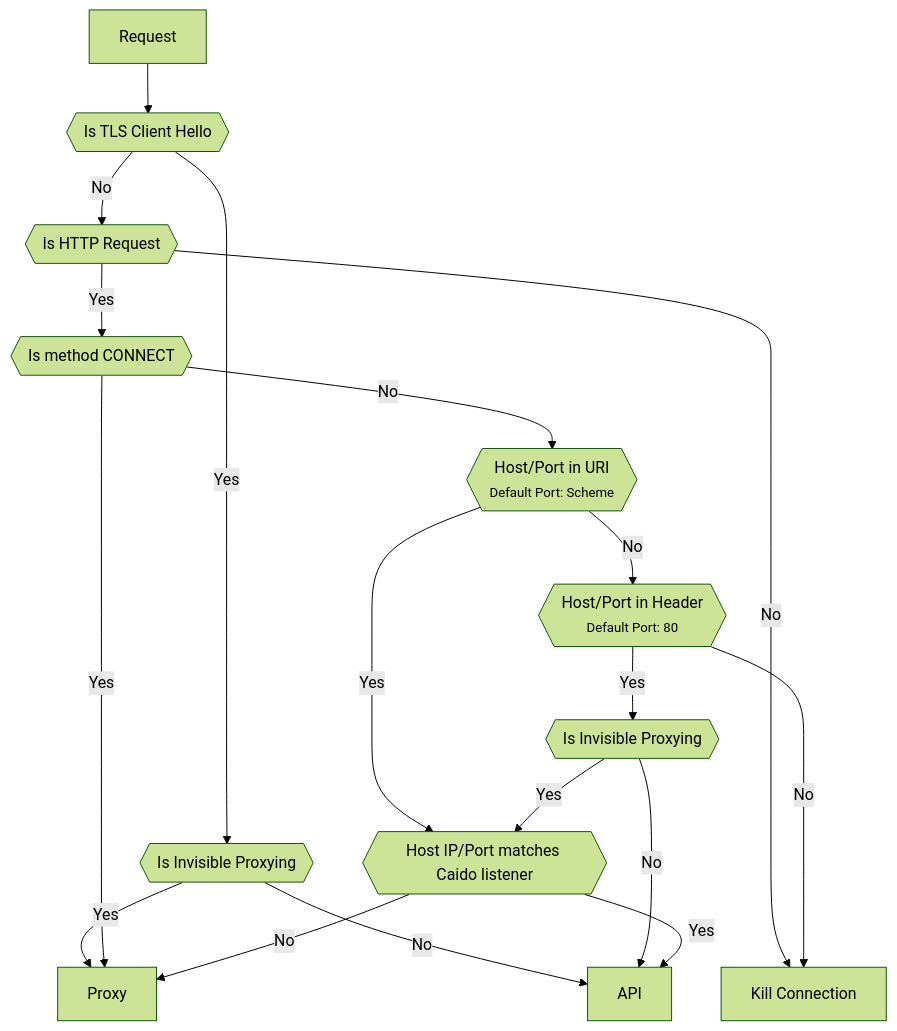
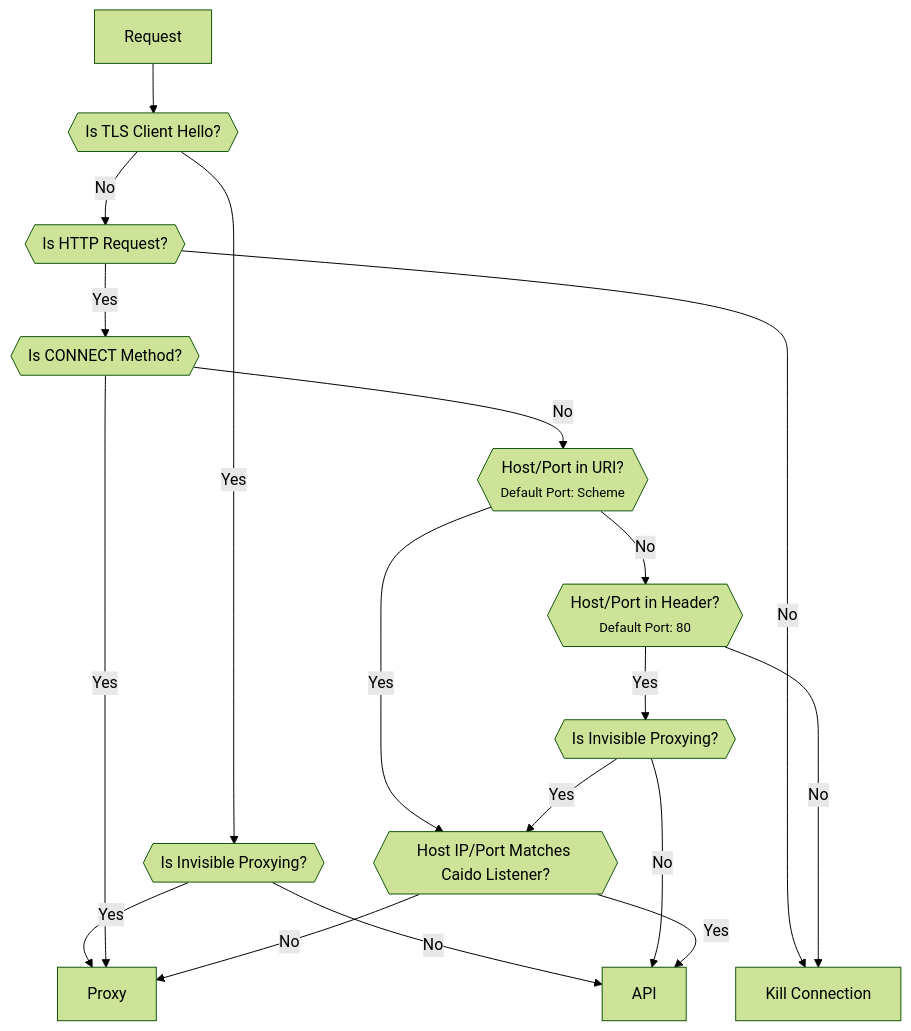
One commit to caido/documentation changed the first of 2 diagrams in src/concepts/traffic_splitting.md. Above: the diagram before and after it, drawn with Mermaid (forest theme). The commit also changed other lines of this file and 25 other files, not shown here.

First line of the commit message:
Concepts rework: Proxying/Splitting/GraphQL (#312)

````diff
--- a/src/concepts/traffic_splitting.md
+++ b/src/concepts/traffic_splitting.md
@@ -22,20 +24,20 @@
 ```mermaid
 flowchart TD
-  Request --> TLS{{Is TLS Client Hello}}
-  TLS --Yes --> InvisibleTLS{{Is Invisible Proxying}}
-  TLS --No --> HTTP{{Is HTTP Request}}
+  Request --> TLS{{Is TLS Client Hello?}}
+  TLS --Yes --> InvisibleTLS{{Is Invisible Proxying?}}
+  TLS --No --> HTTP{{Is HTTP Request?}}
   InvisibleTLS --Yes --> Proxy
   InvisibleTLS --No --> API
   HTTP ---->|No| Kill[Kill Connection]
-  HTTP --Yes --> Connect{{Is method CONNECT}}
+  HTTP --Yes --> Connect{{Is CONNECT Method?}}
   Connect --Yes --> Proxy
-  Connect --No --> Tunnel{{Host/Port in URI<br><small>Default Port: Scheme</small>}}
-  Tunnel --Yes --> DNS{{Host IP/Port matches Caido listener}}
-  Tunnel --No --> Direct{{Host/Port in Header<br><small>Default Port: 80</small>}}
+  Connect --No --> Tunnel{{Host/Port in URI?<br><small>Default Port: Scheme</small>}}
+  Tunnel --Yes --> DNS{{Host IP/Port Matches Caido Listener?}}
+  Tunnel --No --> Direct{{Host/Port in Header?<br><small>Default Port: 80</small>}}
   Direct ---->|No| Kill
-  Direct --Yes --> InvisibleHttp{{Is Invisible Proxying}}
+  Direct --Yes --> InvisibleHttp{{Is Invisible Proxying?}}
   InvisibleHttp --No --> API
   InvisibleHttp --Yes --> DNS
   DNS --Yes --> API
   DNS --No --> Proxy
 ```
````
